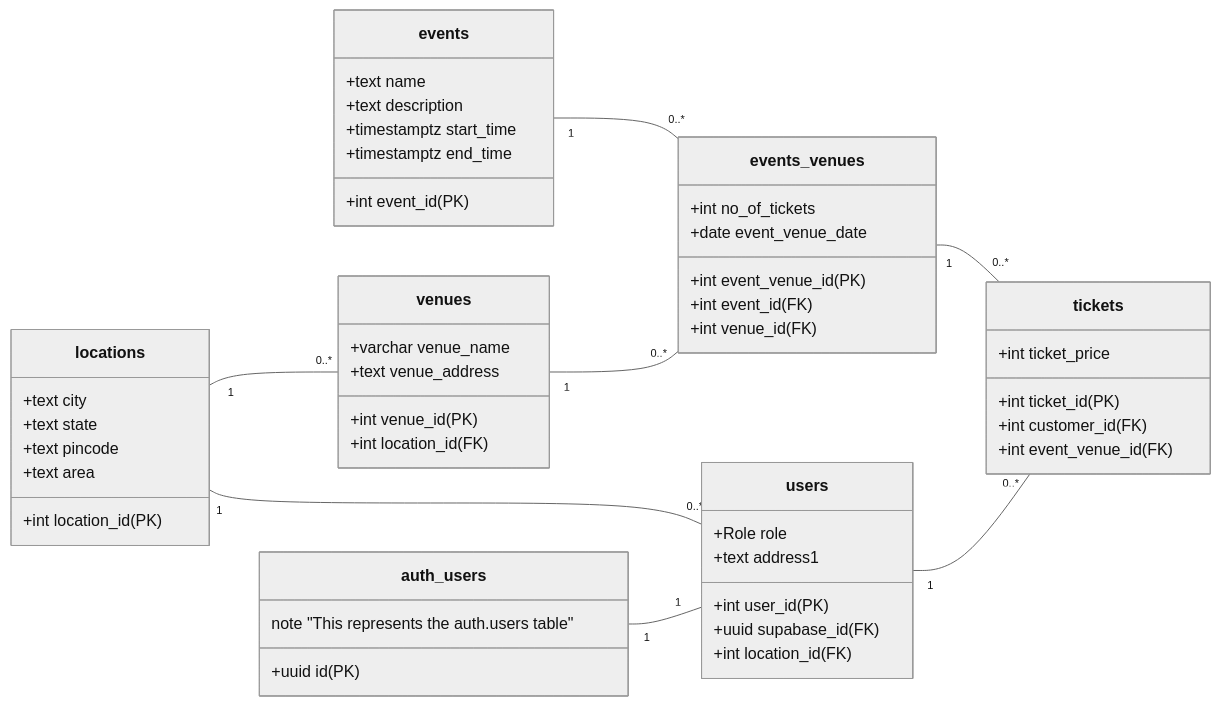
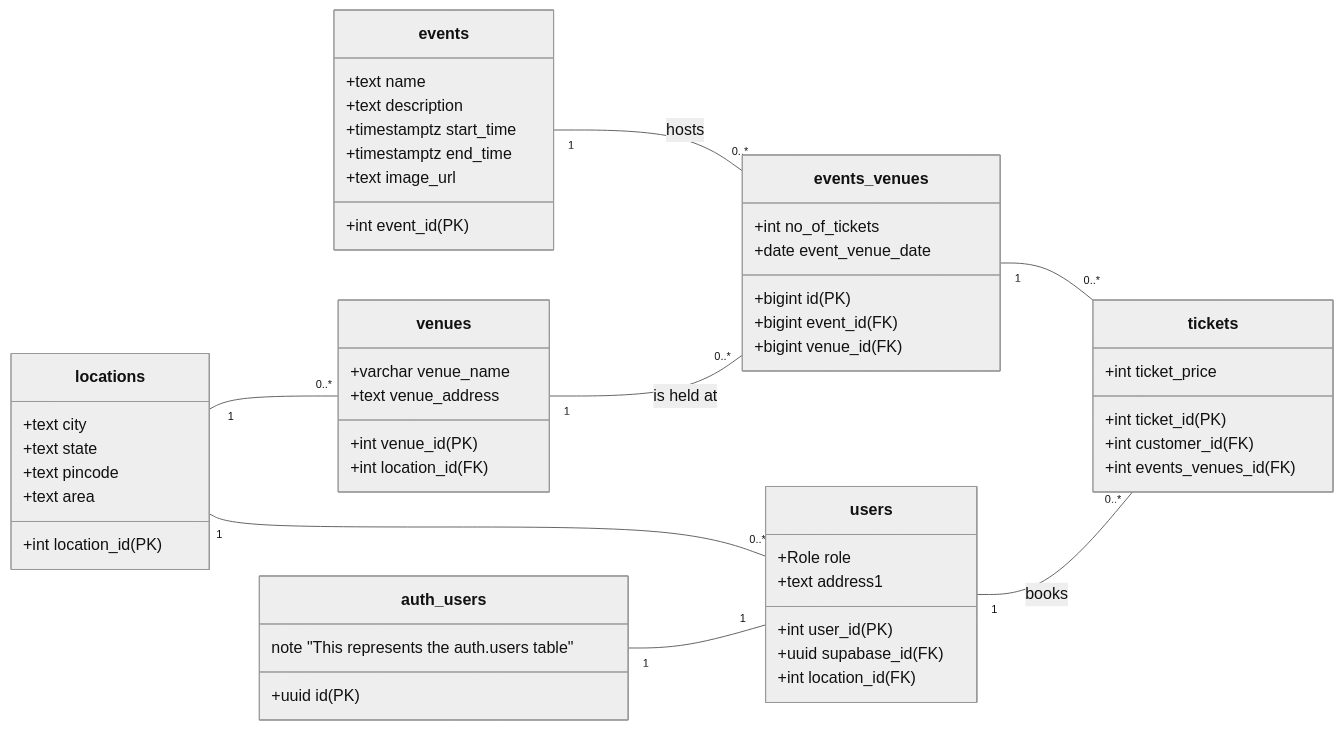
The diagram in README.md (jaipkapoor99/bookify), drawn with Mermaid (neutral theme) before and after one commit. The commit also changed other lines of this file and 24 other files, not shown here.

````diff
--- a/README.md
+++ b/README.md
@@ -60,63 +73,64 @@
 ```mermaid
 classDiagram
     direction LR
 
     class events {
         +int event_id (PK)
         +text name
         +text description
         +timestamptz start_time
         +timestamptz end_time
+        +text image_url
     }
 
     class venues {
         +int venue_id (PK)
         +varchar venue_name
         +text venue_address
         +int location_id (FK)
     }
 
     class locations {
         +int location_id (PK)
         +text city
         +text state
         +text pincode
         +text area
     }
 
     class users {
         +int user_id (PK)
         +uuid supabase_id (FK)
         +Role role
         +text address1
         +int location_id (FK)
     }
 
     class tickets {
         +int ticket_id (PK)
         +int customer_id (FK)
-        +int event_venue_id (FK)
+        +int events_venues_id (FK)
         +int ticket_price
     }
 
     class events_venues {
-        +int event_venue_id (PK)
-        +int event_id (FK)
-        +int venue_id (FK)
+        +bigint id (PK)
+        +bigint event_id (FK)
+        +bigint venue_id (FK)
         +int no_of_tickets
         +date event_venue_date
     }
 
     class auth_users {
         +uuid id (PK)
         note "This represents the auth.users table"
     }
 
-    events "1" -- "0..*" events_venues
-    venues "1" -- "0..*" events_venues
+    events "1" -- "0..*" events_venues : hosts
+    venues "1" -- "0..*" events_venues : is held at
     locations "1" -- "0..*" venues
     locations "1" -- "0..*" users
     events_venues "1" -- "0..*" tickets
-    users "1" -- "0..*" tickets
+    users "1" -- "0..*" tickets : books
     auth_users "1" -- "1" users
 ```
````
